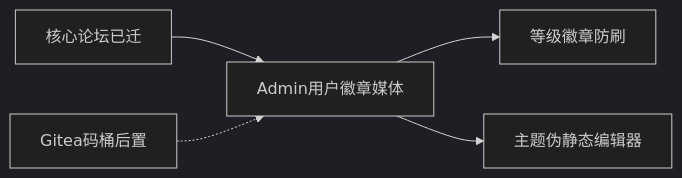
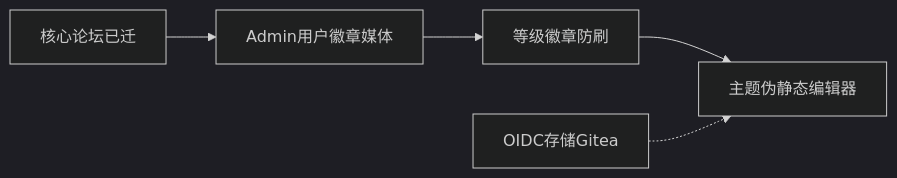
One commit to aarbbs/jiang13-forum changed the diagram in docs/rebuild-spec/09-ssr-progress.md. Above: the diagram before and after it, drawn with Mermaid (dark theme). The commit also changed other lines of this file and 12 other files, not shown here.

````diff
--- a/docs/rebuild-spec/09-ssr-progress.md
+++ b/docs/rebuild-spec/09-ssr-progress.md
@@ -25,11 +25,10 @@
 ```mermaid
 flowchart LR
   core[核心论坛已迁]
   admin[Admin用户徽章媒体]
   growth[等级徽章防刷]
   polish[主题伪静态编辑器]
-  deferred[Gitea码桶后置]
-  core --> admin --> growth
-  admin --> polish
-  deferred -.-> admin
+  deferred[OIDC存储Gitea]
+  core --> admin --> growth --> polish
+  deferred -.-> polish
 ```
````
